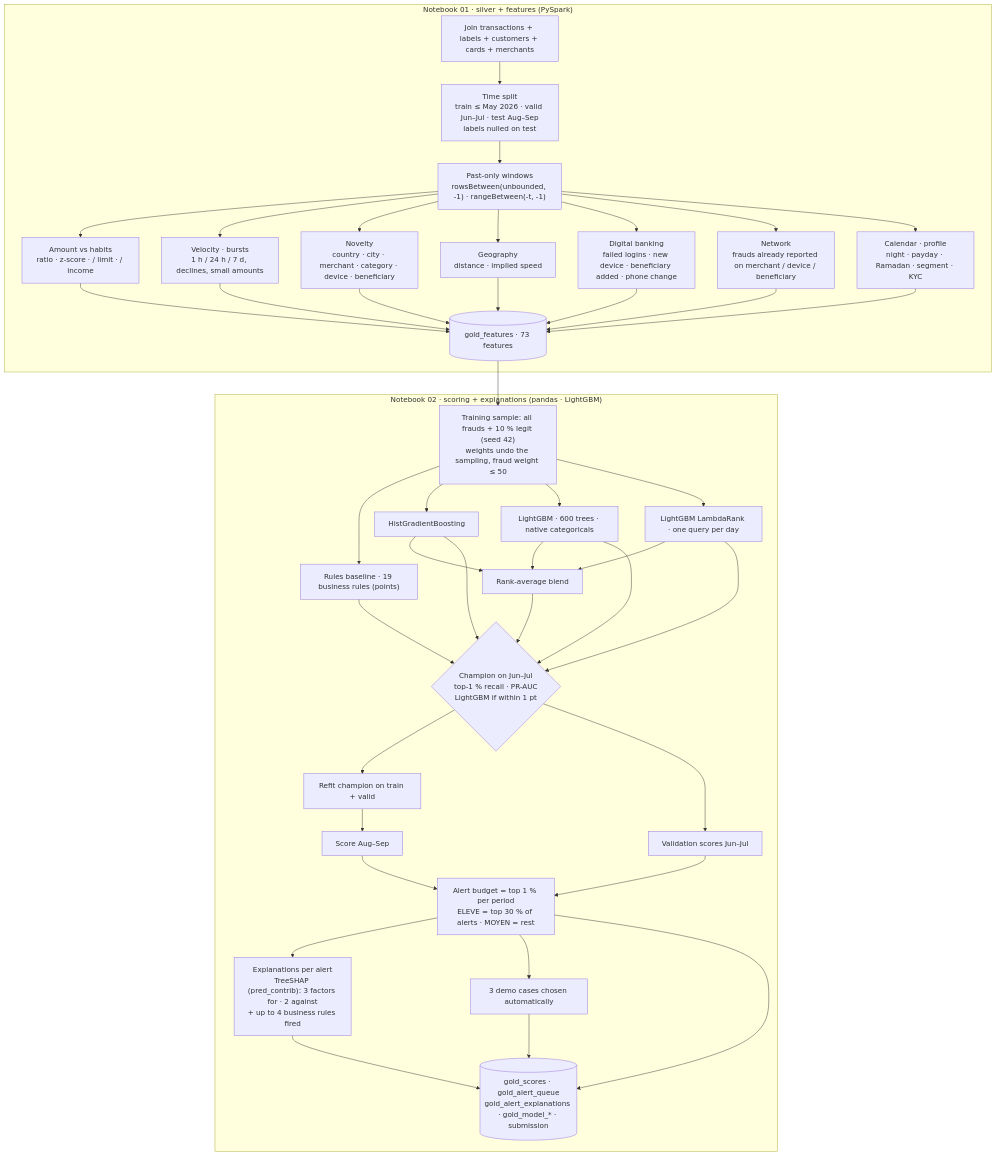
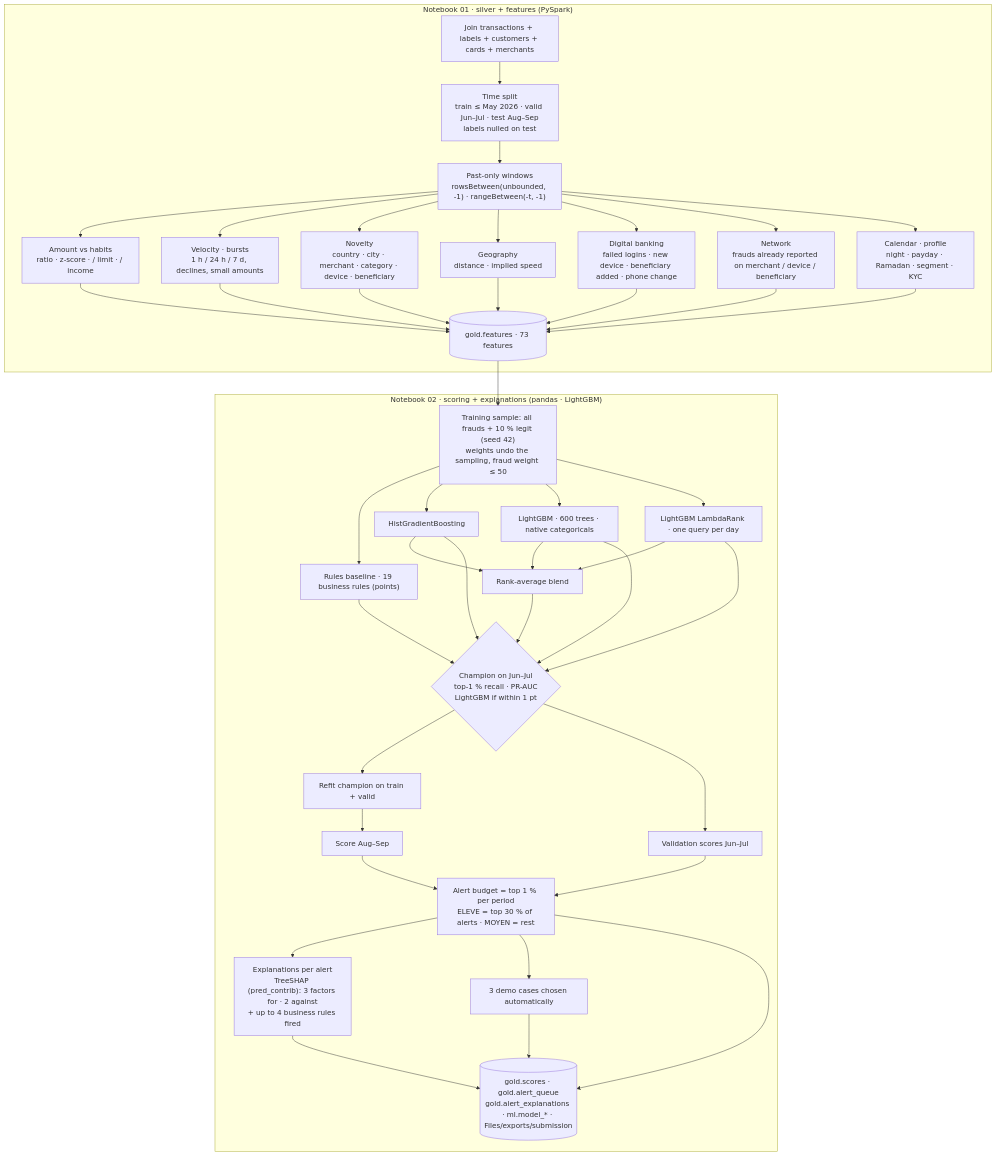
The third of 3 diagrams in docs/diagrams/1_platform_and_ml.md (hack-australiaeast-01/hyson-detector), drawn with Mermaid before and after one commit. The commit also changed other lines of this file and 26 other files, not shown here.

Commit message:
Lakehouse reorganised into bronze / quality / silver / gold / ml / mart / serving / meta schemas (dbo empty, Files structured): layout as code, migration notebook copy-verify-repoint-drop, Power BI models and copy job repointed, notebooks and app updated; verified live

````diff
--- a/docs/diagrams/1_platform_and_ml.md
+++ b/docs/diagrams/1_platform_and_ml.md
@@ -124,32 +99,32 @@
 ```mermaid
 flowchart TB
     subgraph N01["Notebook 01 · silver + features (PySpark)"]
         A1["Join transactions + labels + customers + cards + merchants"] --> A2["Time split<br/>train ≤ May 2026 · valid Jun–Jul · test Aug–Sep<br/>labels nulled on test"]
         A2 --> A3["Past-only windows<br/>rowsBetween(unbounded, -1) · rangeBetween(-t, -1)"]
         A3 --> F1["Amount vs habits<br/>ratio · z-score · / limit · / income"]
         A3 --> F2["Velocity · bursts<br/>1 h / 24 h / 7 d, declines, small amounts"]
         A3 --> F3["Novelty<br/>country · city · merchant · category · device · beneficiary"]
         A3 --> F4["Geography<br/>distance · implied speed"]
         A3 --> F5["Digital banking<br/>failed logins · new device · beneficiary added · phone change"]
         A3 --> F6["Network<br/>frauds already reported on merchant / device / beneficiary"]
         A3 --> F7["Calendar · profile<br/>night · payday · Ramadan · segment · KYC"]
-        F1 & F2 & F3 & F4 & F5 & F6 & F7 --> GF[("gold_features · 73 features")]
+        F1 & F2 & F3 & F4 & F5 & F6 & F7 --> GF[("gold.features · 73 features")]
     end
 
     subgraph N02["Notebook 02 · scoring + explanations (pandas · LightGBM)"]
         GF --> S1["Training sample: all frauds + 10 % legit (seed 42)<br/>weights undo the sampling, fraud weight ≤ 50"]
         S1 --> R0["Rules baseline · 19 business rules (points)"]
         S1 --> M1["HistGradientBoosting"]
         S1 --> M2["LightGBM · 600 trees · native categoricals"]
         S1 --> M3["LightGBM LambdaRank · one query per day"]
         M1 & M2 & M3 --> M4["Rank-average blend"]
         R0 & M1 & M2 & M3 & M4 --> SEL{"Champion on Jun–Jul<br/>top-1 % recall · PR-AUC<br/>LightGBM if within 1 pt"}
         SEL --> RF["Refit champion on train + valid"]
         RF --> SC["Score Aug–Sep"]
         SEL --> SV["Validation scores Jun–Jul"]
         SV & SC --> TH["Alert budget = top 1 % per period<br/>ELEVE = top 30 % of alerts · MOYEN = rest"]
         TH --> EXP["Explanations per alert<br/>TreeSHAP (pred_contrib): 3 factors for · 2 against<br/>+ up to 4 business rules fired"]
         TH --> DEMO["3 demo cases chosen automatically"]
-        EXP & TH & DEMO --> OUT[("gold_scores · gold_alert_queue<br/>gold_alert_explanations · gold_model_* · submission")]
+        EXP & TH & DEMO --> OUT[("gold.scores · gold.alert_queue<br/>gold.alert_explanations · ml.model_* · Files/exports/submission")]
     end
 ```
````
